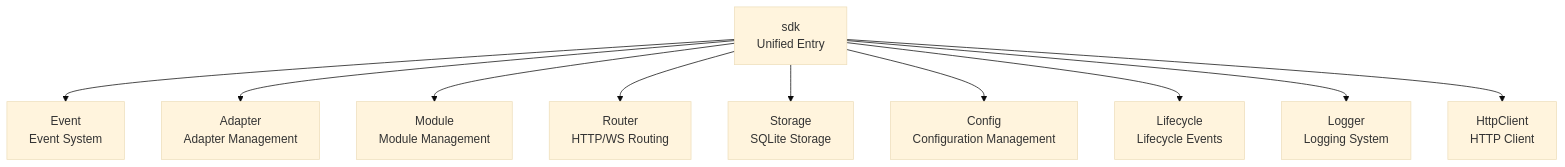
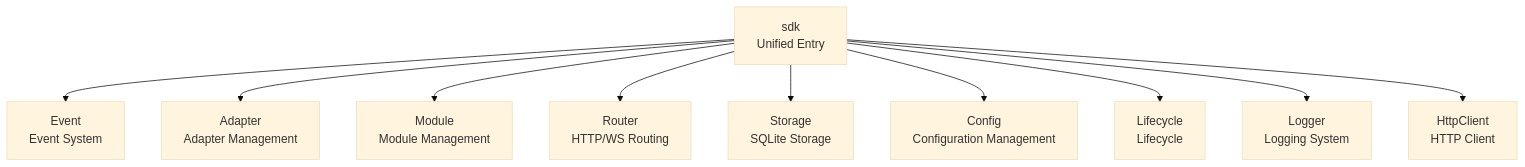
One commit to ErisPulse/ErisPulse changed the second of 2 diagrams in README.md. Above: the diagram before and after it, drawn with Mermaid (base theme). The commit also changed other lines of this file and 31 other files, not shown here.

````diff
--- a/README.md
+++ b/README.md
@@ -501,14 +501,14 @@
 ```mermaid
 graph TB
     SDK["sdk<br/>Unified Entry"]
 
     SDK --> Event["Event<br/>Event System"]
     SDK --> AdapterMgr["Adapter<br/>Adapter Management"]
     SDK --> ModuleMgr["Module<br/>Module Management"]
     SDK --> Router["Router<br/>HTTP/WS Routing"]
     SDK --> Storage["Storage<br/>SQLite Storage"]
     SDK --> Config["Config<br/>Configuration Management"]
-    SDK --> Lifecycle["Lifecycle<br/>Lifecycle Events"]
+    SDK --> Lifecycle["Lifecycle<br/>Lifecycle"]
     SDK --> Logger["Logger<br/>Logging System"]
     SDK --> Client["HttpClient<br/>HTTP Client"]
 ```
````
